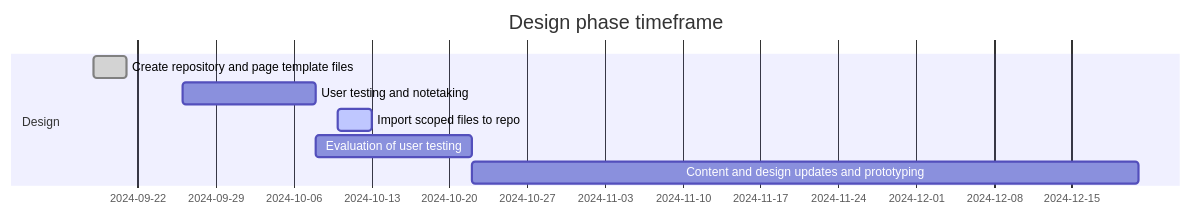
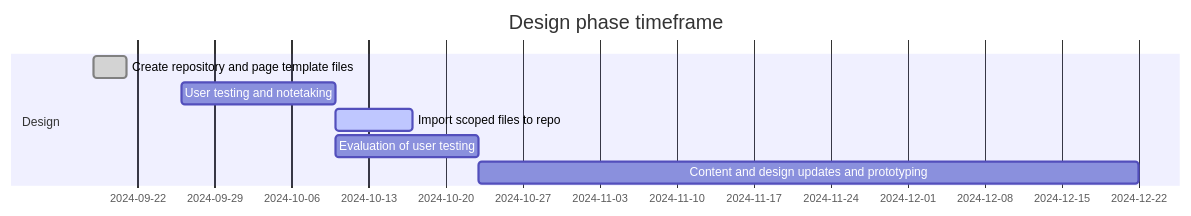
Before and after one commit to cra-proto/gst-hst-business: the first of 2 diagrams in README.md, drawn with Mermaid.

````diff
--- a/README.md
+++ b/README.md
@@ -32,11 +32,11 @@
 ```mermaid
 gantt
     title Design phase timeframe
     dateFormat  YYYY-MM-DD
     section Design
     Create repository and page template files :done, a1, 2024-09-18, 3d
-    User testing and notetaking :b1, 2024-09-26, 12d
-    Import scoped files to repo :active, a2, 2024-10-10, 3d
-    Evaluation of user testing :b2, after b1, 14d
+    User testing and notetaking :b1, 2024-09-26, 14d
+    Import scoped files to repo :active, a2, 2024-10-10, 7d
+    Evaluation of user testing :b2, after b1, 13d
     Content and design updates and prototyping :after b2, 60d
 ```
````
